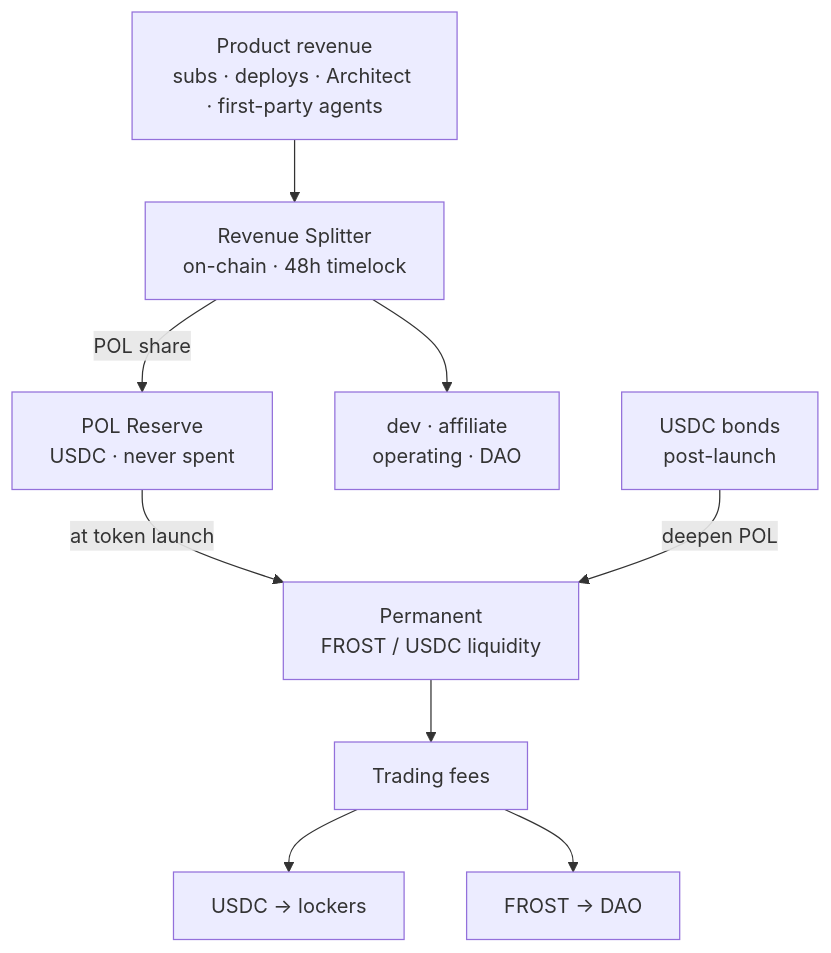
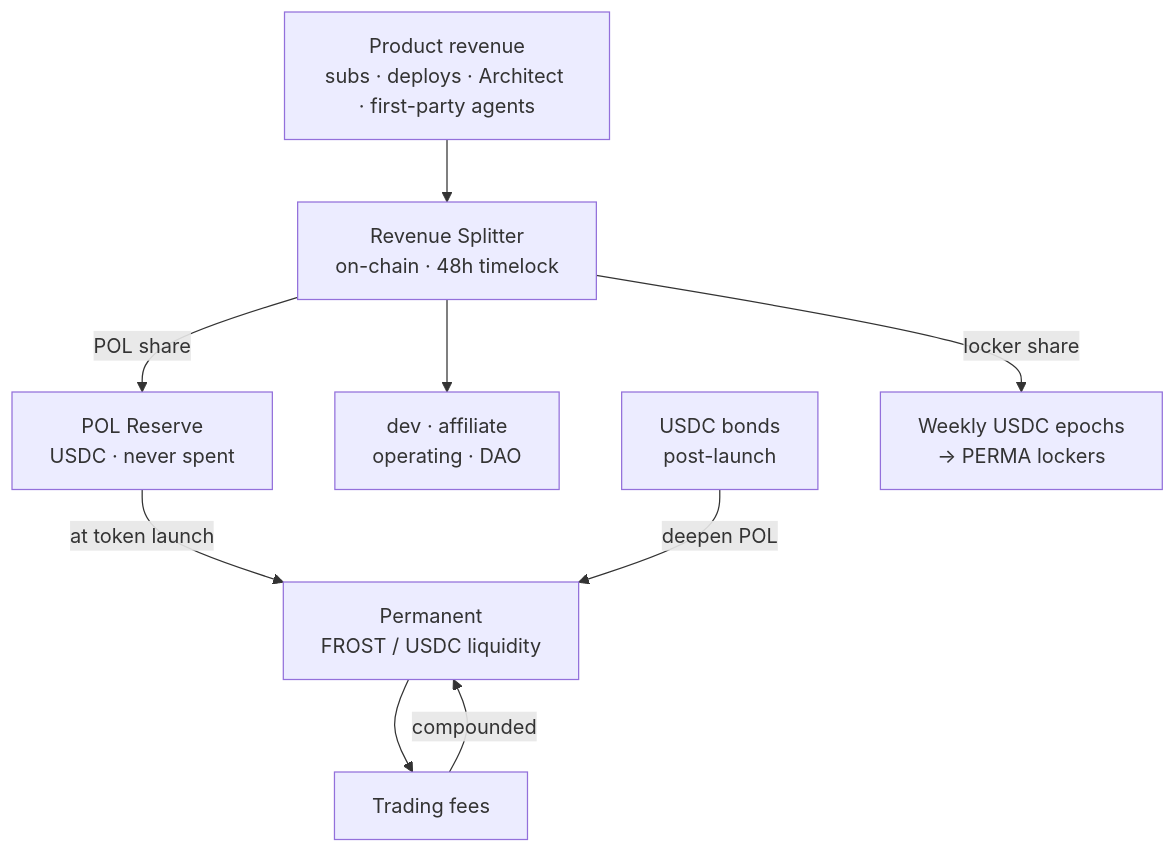
Before and after one commit to frosty720/frostyfi-docs: the first of 2 diagrams in pages/docs/pol.en.mdx, drawn with Mermaid. The commit also changed other lines of this file and 18 other files, not shown here.

Commit message:
refactor: update project documentation, tokenomics model, and system architecture diagrams across multiple languages

````diff
--- a/pages/docs/pol.en.mdx
+++ b/pages/docs/pol.en.mdx
@@ -59,11 +59,11 @@
 ```mermaid
 flowchart TD
     R["Product revenue<br/>subs · deploys · Architect · first-party agents"] --> S["Revenue Splitter<br/>on-chain · 48h timelock"]
     S -->|POL share| RES["POL Reserve<br/>USDC · never spent"]
     S --> O["dev · affiliate<br/>operating · DAO"]
     RES -->|at token launch| LP["Permanent<br/>FROST / USDC liquidity"]
     BOND["USDC bonds<br/>post-launch"] -->|deepen POL| LP
     LP --> FEE["Trading fees"]
-    FEE --> LCK["USDC → lockers"]
-    FEE --> D["FROST → DAO"]
+    FEE -->|compounded| LP
+    S -->|locker share| LCK["Weekly USDC epochs<br/>→ PERMA lockers"]
 ```
````
